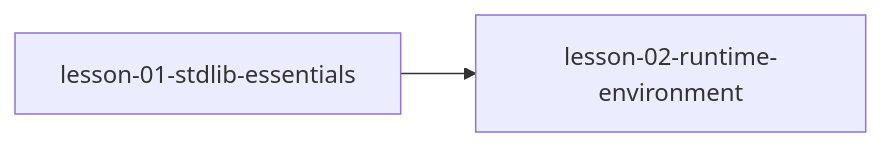
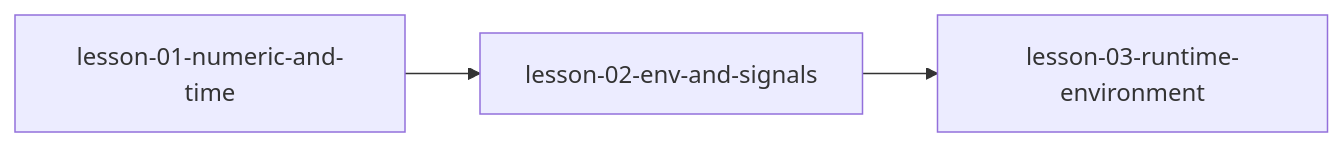
One commit to KahanaT800/ReadBooksWithAI changed the diagram in books/c-and-pointers/module-11-stdlib-and-runtime/MODULE.md. Above: the diagram before and after it, drawn with Mermaid. The commit also changed other lines of this file and 52 other files, not shown here.

````diff
--- a/books/c-and-pointers/module-11-stdlib-and-runtime/MODULE.md
+++ b/books/c-and-pointers/module-11-stdlib-and-runtime/MODULE.md
@@ -32,4 +33,5 @@
 ```mermaid
 graph LR
-    L1[lesson-01-stdlib-essentials] --> L2[lesson-02-runtime-environment]
+    L1[lesson-01-numeric-and-time] --> L2[lesson-02-env-and-signals]
+    L2 --> L3[lesson-03-runtime-environment]
 ```
````
